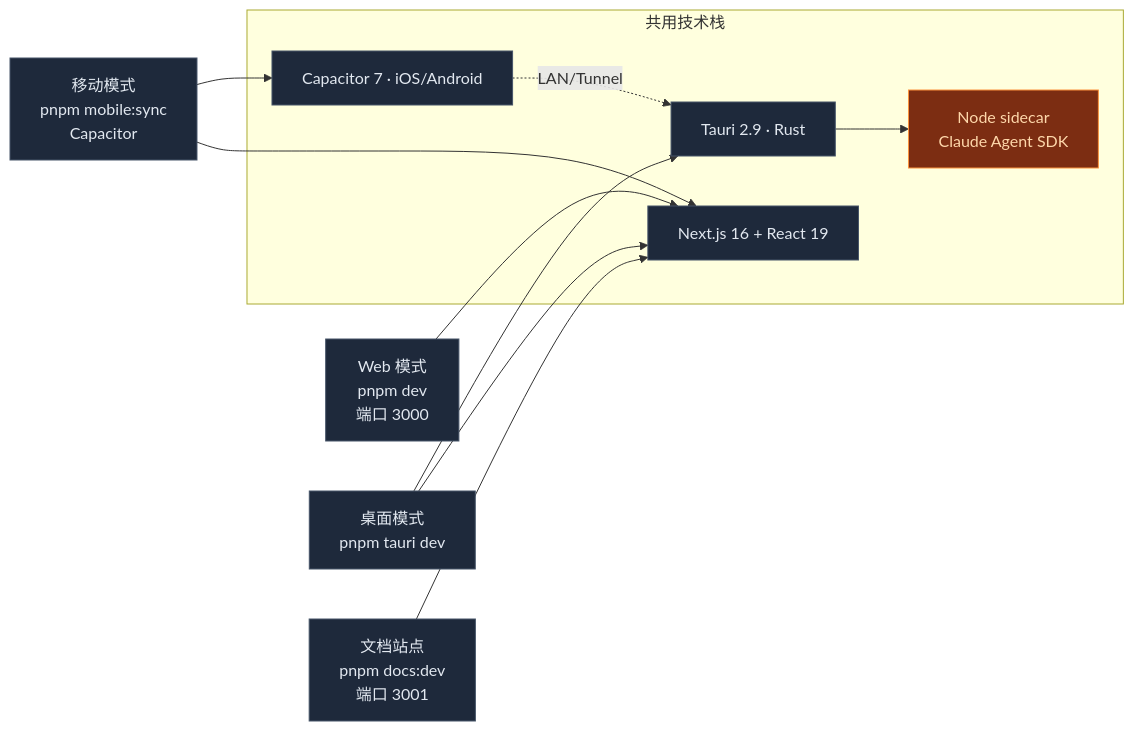
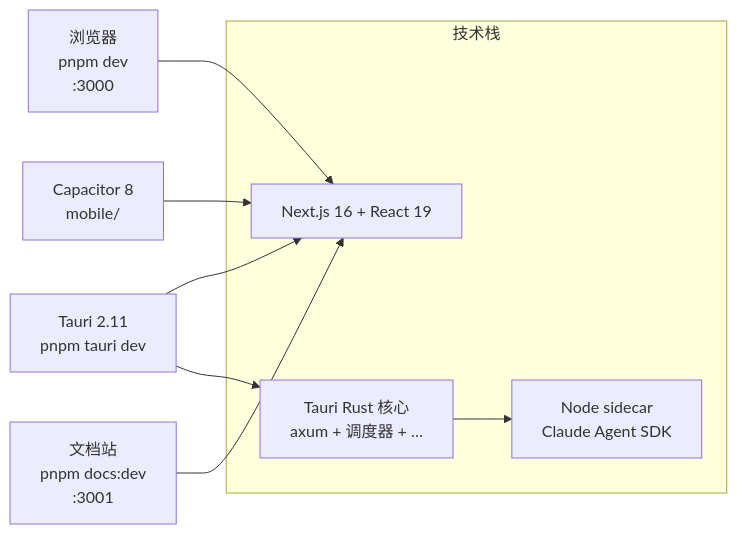
The diagram in docs/content/docs/zh/index.mdx (MaxQian888/cognia-next), drawn with Mermaid before and after one commit. The commit also changed other lines of this file and 359 other files, not shown here.

````diff
--- a/docs/content/docs/zh/index.mdx
+++ b/docs/content/docs/zh/index.mdx
@@ -39,28 +14,20 @@
 ```mermaid
 flowchart LR
-  Web[Web 模式<br/>pnpm dev<br/>端口 3000]
-  Desktop[桌面模式<br/>pnpm tauri dev]
-  Mobile[移动模式<br/>pnpm mobile:sync<br/>Capacitor]
-  Docs[文档站点<br/>pnpm docs:dev<br/>端口 3001]
+  Web[浏览器<br/>pnpm dev<br/>:3000]
+  Desktop[Tauri 2.11<br/>pnpm tauri dev]
+  Mobile[Capacitor 8<br/>mobile/]
+  Docs[文档站<br/>pnpm docs:dev<br/>:3001]
 
-  subgraph Stack[共用技术栈]
+  subgraph Stack[技术栈]
     Next[Next.js 16 + React 19]
-    Tauri[Tauri 2.9 · Rust]
+    Rust[Tauri Rust 核心<br/>axum + 调度器 + …]
     Sidecar[Node sidecar<br/>Claude Agent SDK]
-    Capa[Capacitor 7 · iOS/Android]
   end
 
   Web --> Next
   Desktop --> Next
-  Desktop --> Tauri
-  Tauri --> Sidecar
+  Desktop --> Rust
   Mobile --> Next
-  Mobile --> Capa
-  Capa -.LAN/Tunnel.-> Tauri
+  Rust --> Sidecar
   Docs --> Next
-
-  classDef layer fill:#1e293b,stroke:#475569,color:#e2e8f0
-  classDef sidecar fill:#7c2d12,stroke:#fb923c,color:#fed7aa
-  class Web,Desktop,Docs,Mobile,Next,Tauri,Capa layer
-  class Sidecar sidecar
 ```
````
